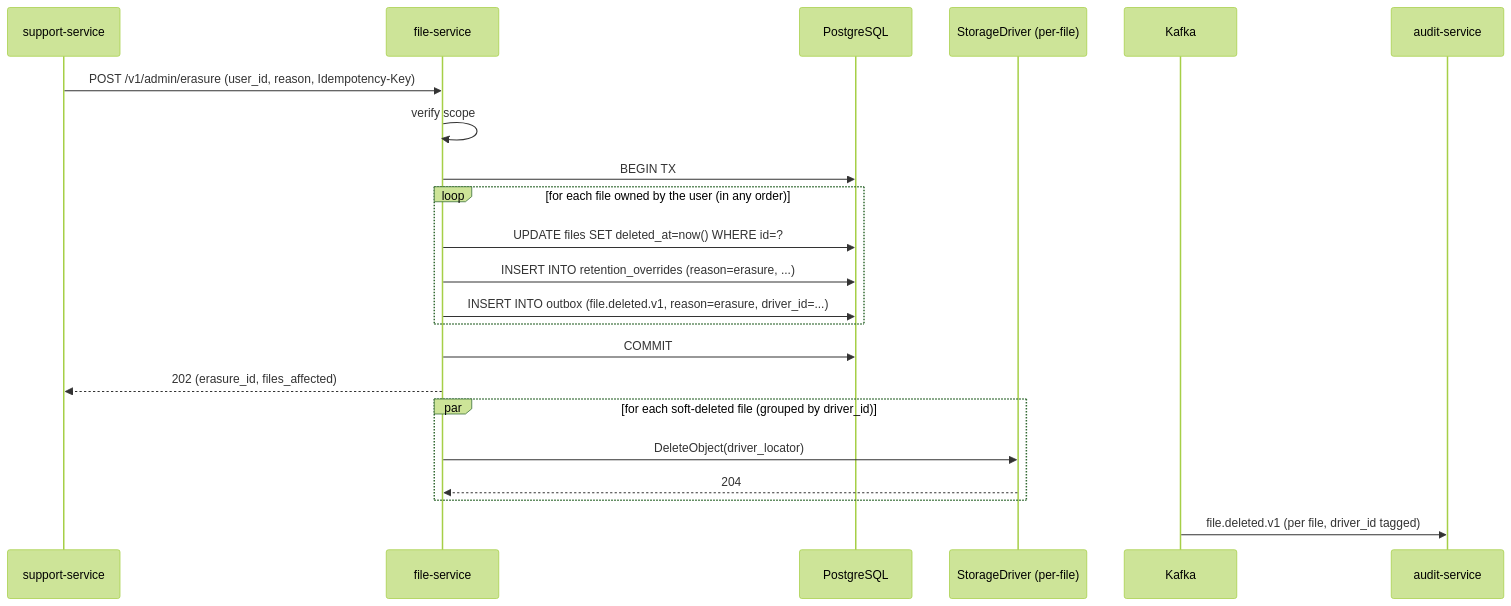
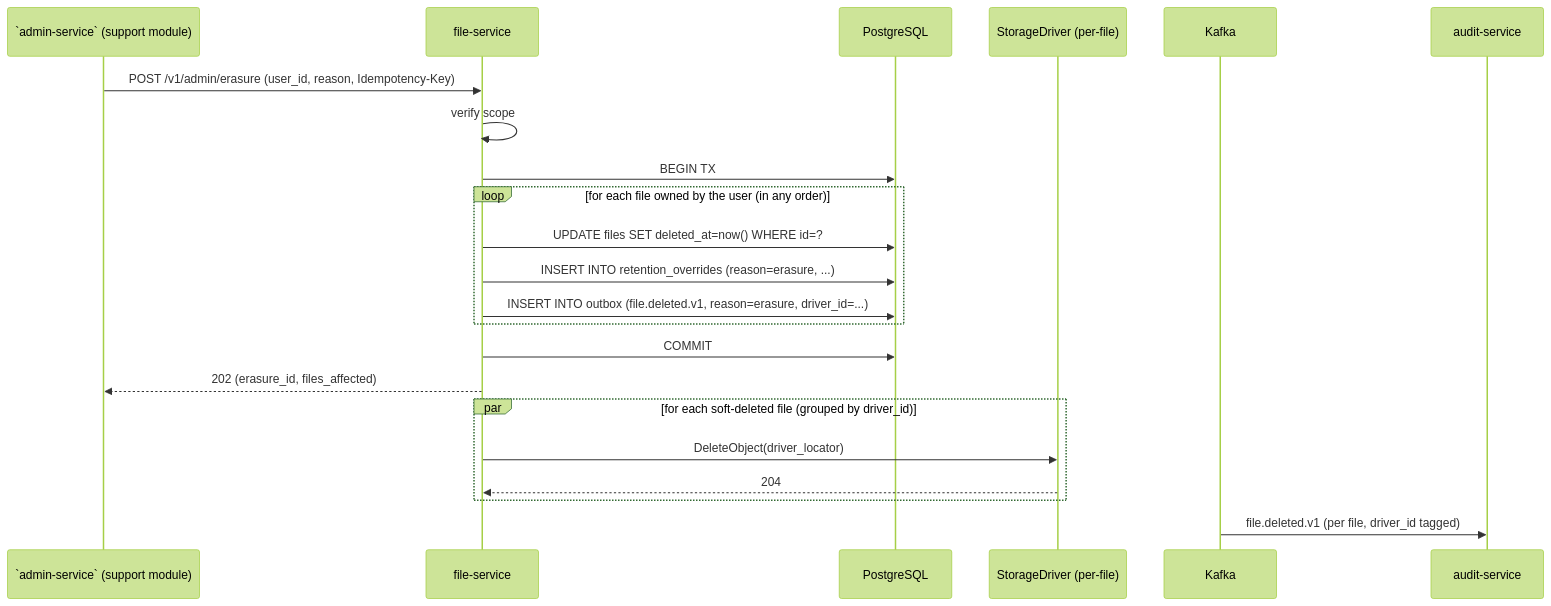
Before and after one commit to mohamedhabibwork/trips-enjoy-docs: the fifth of 14 diagrams in docs/services/file-service/WORKFLOWS.md, drawn with Mermaid (forest theme). The commit also changed other lines of this file and 525 other files, not shown here.

````diff
--- a/docs/services/file-service/WORKFLOWS.md
+++ b/docs/services/file-service/WORKFLOWS.md
@@ -432,25 +432,25 @@
 ```mermaid
 sequenceDiagram
-    participant SUP as support-service
+    participant SUP as `admin-service` (support module)
     participant F as file-service
     participant DB as PostgreSQL
     participant SD as StorageDriver (per-file)
     participant K as Kafka
     participant AUD as audit-service
 
     SUP->>F: POST /v1/admin/erasure (user_id, reason, Idempotency-Key)
     F->>F: verify scope
     F->>DB: BEGIN TX
     loop for each file owned by the user (in any order)
         F->>DB: UPDATE files SET deleted_at=now() WHERE id=?
         F->>DB: INSERT INTO retention_overrides (reason=erasure, ...)
         F->>DB: INSERT INTO outbox (file.deleted.v1, reason=erasure, driver_id=...)
     end
     F->>DB: COMMIT
     F-->>SUP: 202 (erasure_id, files_affected)
     par for each soft-deleted file (grouped by driver_id)
         F->>SD: DeleteObject(driver_locator)
         SD-->>F: 204
     end
     K->>AUD: file.deleted.v1 (per file, driver_id tagged)
 ```
````
